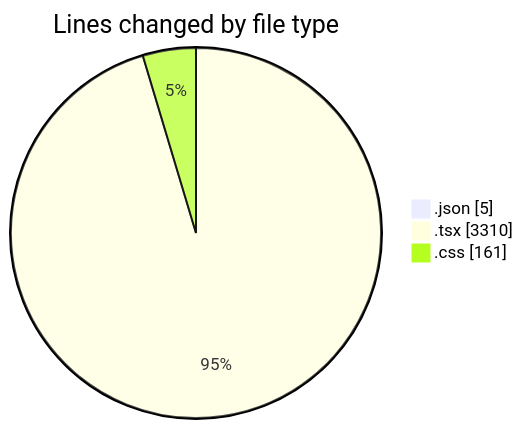
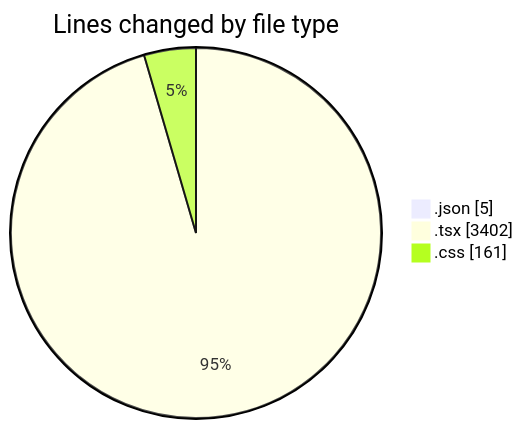
One commit to Elitesun/code-tracking changed the first of 2 diagrams in 2025-05-29/advertise/README.md. Above: the diagram before and after it, drawn with Mermaid. The commit also changed other lines of this file and 1 other file, not shown here.

````diff
--- a/2025-05-29/advertise/README.md
+++ b/2025-05-29/advertise/README.md
@@ -30,7 +31,7 @@
 ```mermaid
 pie showData
 title Lines changed by file type
 ".json" : 5
-".tsx" : 3310
+".tsx" : 3402
 ".css" : 161
 ```
````
